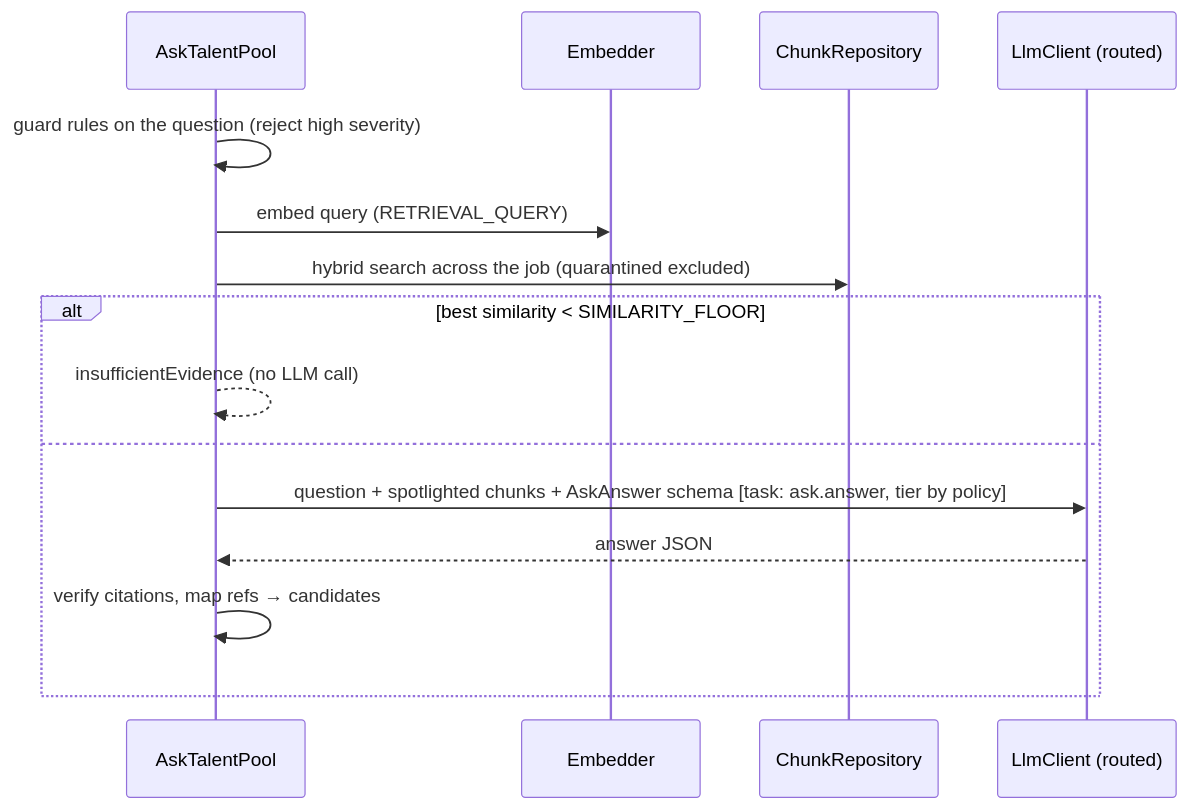
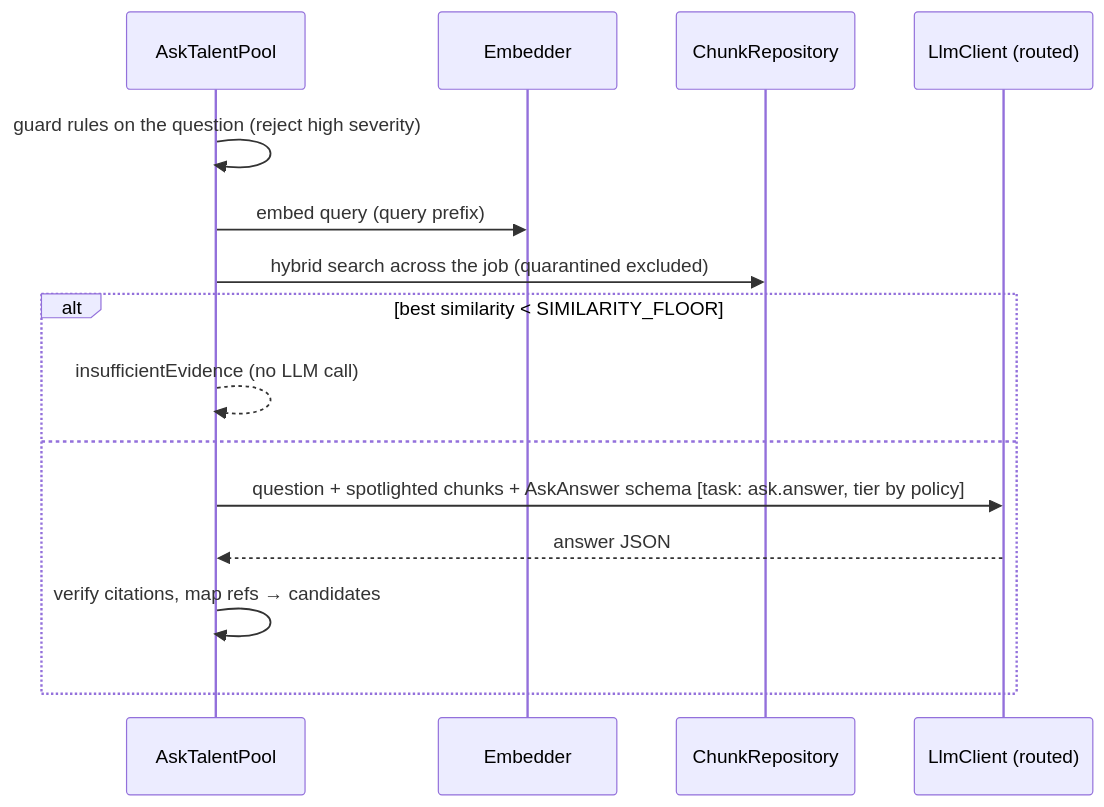
The fourth of 5 diagrams in docs/SPEC.md (Hqasim/hiresignal), drawn with Mermaid before and after one commit. The commit also changed other lines of this file and 5 other files, not shown here.

````diff
--- a/docs/SPEC.md
+++ b/docs/SPEC.md
@@ -230,17 +230,17 @@
 ```mermaid
 sequenceDiagram
   participant UC as AskTalentPool
   participant E as Embedder
   participant R as ChunkRepository
   participant LLM as LlmClient (routed)
   UC->>UC: guard rules on the question (reject high severity)
-  UC->>E: embed query (RETRIEVAL_QUERY)
+  UC->>E: embed query (query prefix)
   UC->>R: hybrid search across the job (quarantined excluded)
   alt best similarity < SIMILARITY_FLOOR
     UC-->>UC: insufficientEvidence (no LLM call)
   else
     UC->>LLM: question + spotlighted chunks + AskAnswer schema [task: ask.answer, tier by policy]
     LLM-->>UC: answer JSON
     UC->>UC: verify citations, map refs → candidates
   end
 ```
````
